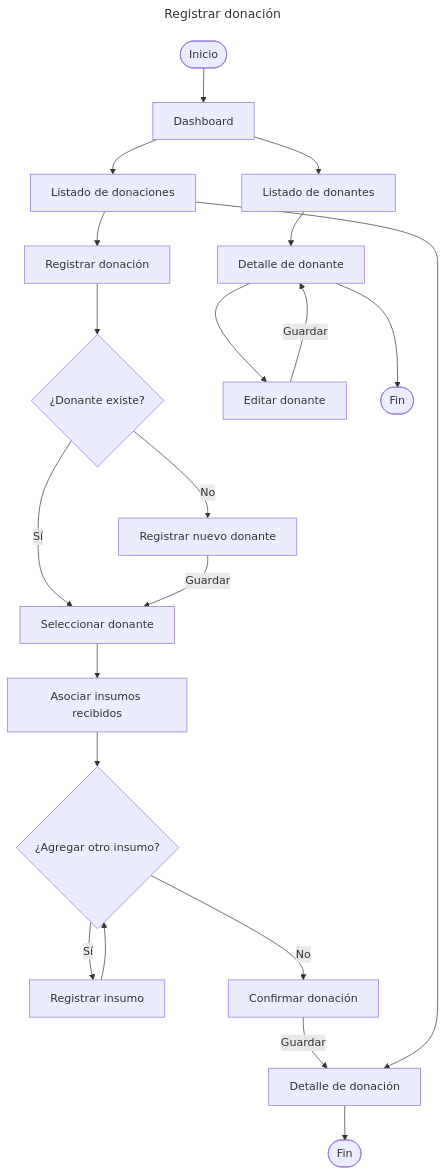
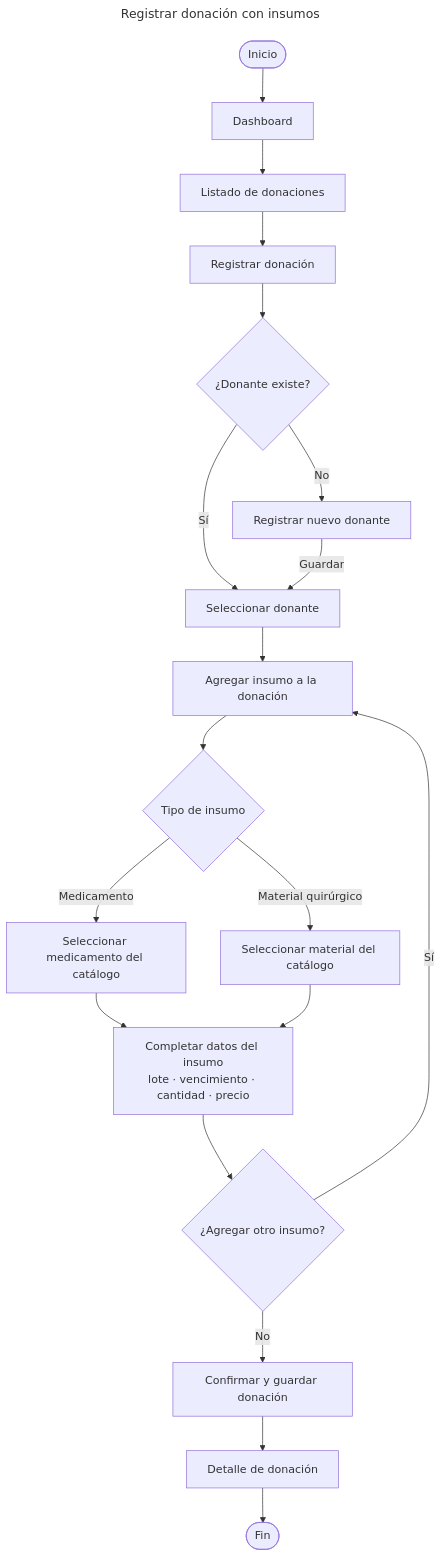
Before and after one commit to DaikoneKisu/san-martin-de-porres-parish-pharmacy-community-service: the diagram in docs/per-module/donation/user-flows/donations.mermaid, drawn with Mermaid. The commit also changed 5 other files, not shown here.

Commit message:
chore: update user flow diagrams for accounting, admin, audit, donation, inventory, and medical modules

```diff
--- a/docs/per-module/donation/user-flows/donations.mermaid
+++ b/docs/per-module/donation/user-flows/donations.mermaid
@@ -1,24 +1,25 @@
 ---
-title: Registrar donación
+title: Registrar donación con insumos
 ---
 flowchart TD
   S([Inicio]) --> DASH[Dashboard]
+
   DASH --> DON_LIST[Listado de donaciones]
   DON_LIST --> DON_NEW[Registrar donación]
+
   DON_NEW --> SEL_DON{¿Donante existe?}
   SEL_DON -->|Sí| SEL_DON_OK[Seleccionar donante]
   SEL_DON -->|No| DON_NEW2[Registrar nuevo donante]
   DON_NEW2 -->|Guardar| SEL_DON_OK
-  SEL_DON_OK --> DON_ITEMS[Asociar insumos recibidos]
-  DON_ITEMS --> ITEM_LOOP{¿Agregar otro insumo?}
-  ITEM_LOOP -->|Sí| INS_NEW[Registrar insumo]
-  INS_NEW --> ITEM_LOOP
-  ITEM_LOOP -->|No| DON_CONFIRM[Confirmar donación]
-  DON_CONFIRM -->|Guardar| DON_DETAIL[Detalle de donación]
-  DON_LIST --> DON_DETAIL
+
+  SEL_DON_OK --> INS_LOOP[Agregar insumo a la donación]
+  INS_LOOP --> SEL_TIPO{Tipo de insumo}
+  SEL_TIPO -->|Medicamento| SEL_MED[Seleccionar medicamento del catálogo]
+  SEL_TIPO -->|Material quirúrgico| SEL_MAT[Seleccionar material del catálogo]
+  SEL_MED --> INS_FORM[Completar datos del insumo<br>lote · vencimiento · cantidad · precio]
+  SEL_MAT --> INS_FORM
+  INS_FORM --> MAS{¿Agregar otro insumo?}
+  MAS -->|Sí| INS_LOOP
+  MAS -->|No| DON_CONFIRM[Confirmar y guardar donación]
+  DON_CONFIRM --> DON_DETAIL[Detalle de donación]
   DON_DETAIL --> E1([Fin])
-  DASH --> DON_LIST2[Listado de donantes]
-  DON_LIST2 --> DON_DETAIL2[Detalle de donante]
-  DON_DETAIL2 --> DON_EDIT[Editar donante]
-  DON_EDIT -->|Guardar| DON_DETAIL2
-  DON_DETAIL2 --> E2([Fin])
```
